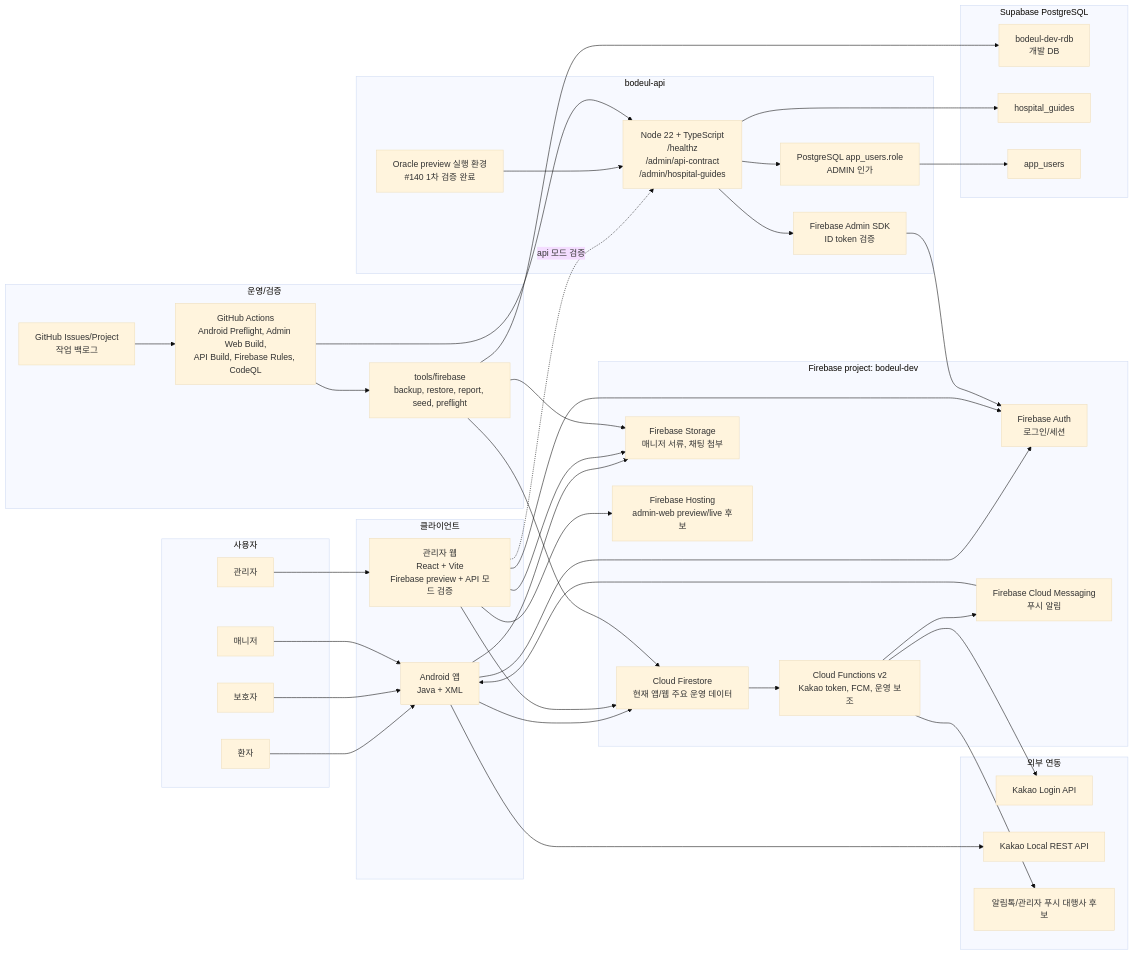
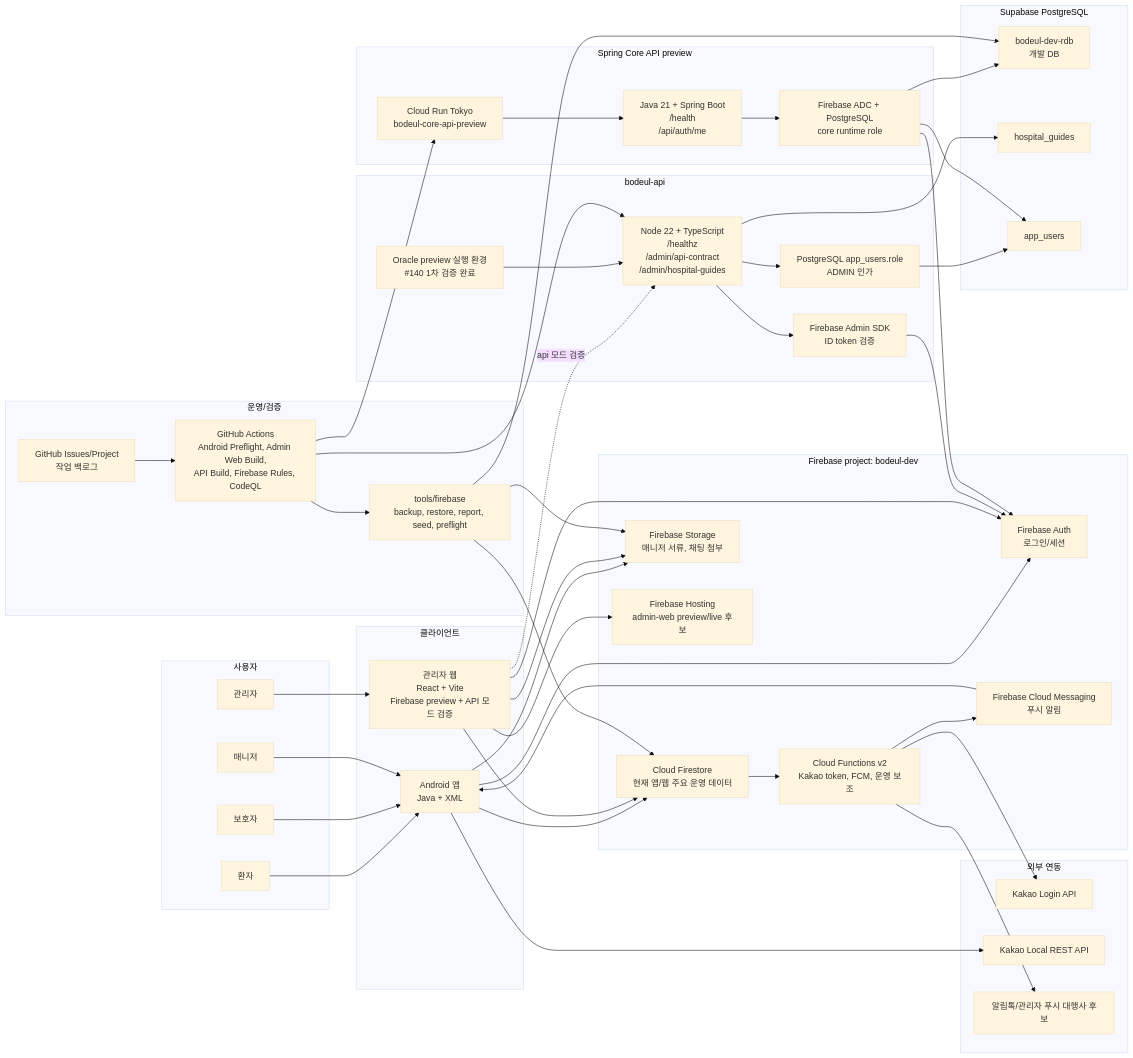
The diagram in docs/architecture/infra-overview.md (bodeul110/Bodeul), drawn with Mermaid (base theme) before and after one commit. The commit also changed other lines of this file and 7 other files, not shown here.

Commit message:
docs: Cloud Run preview 실검증 결과 정리 (#177)

````diff
--- a/docs/architecture/infra-overview.md
+++ b/docs/architecture/infra-overview.md
@@ -59,6 +60,12 @@
     Oracle["Oracle preview 실행 환경\n#140 1차 검증 완료"]
     FirebaseAdmin["Firebase Admin SDK\nID token 검증"]
     AdminRole["PostgreSQL app_users.role\nADMIN 인가"]
+  end
+
+  subgraph Core["Spring Core API preview"]
+    CloudRun["Cloud Run Tokyo\nbodeul-core-api-preview"]
+    CoreApi["Java 21 + Spring Boot\n/health\n/api/auth/me"]
+    CoreRole["Firebase ADC + PostgreSQL\ncore runtime role"]
   end
 
   subgraph Postgres["Supabase PostgreSQL"]
@@ -100,6 +107,12 @@
   AdminRole --> AppUsers
   ApiServer --> Guides
 
+  CloudRun --> CoreApi
+  CoreApi --> CoreRole
+  CoreRole --> Auth
+  CoreRole --> AppUsers
+  CoreRole --> Rdb
+
   Firestore --> Functions
   Functions --> FCM
   FCM --> Android
@@ -112,5 +125,6 @@
   Tools --> Rdb
   GitHub --> Tools
   GitHub --> ApiServer
+  GitHub --> CloudRun
   Project --> GitHub
 ```
````
